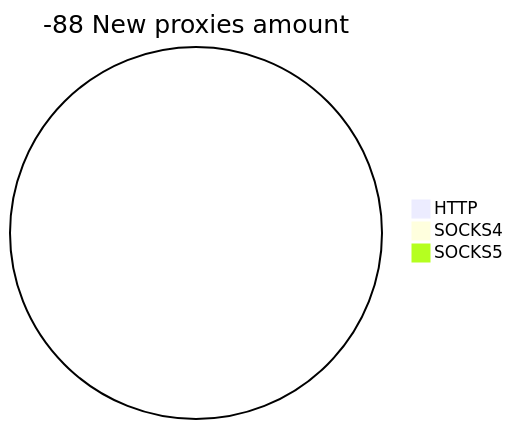
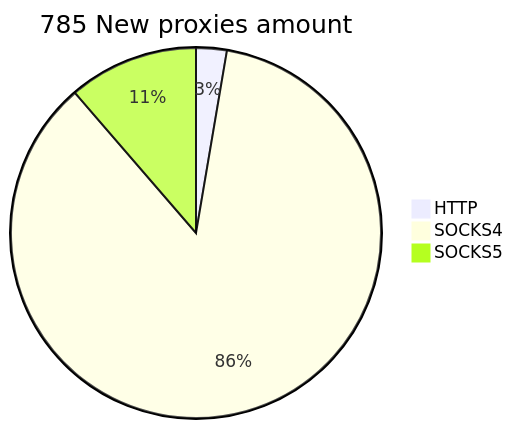
Before and after one commit to cutipu/proxylist: the second of 2 diagrams in README.md, drawn with Mermaid. The commit also changed other lines of this file, not shown here.

````diff
--- a/README.md
+++ b/README.md
@@ -10,6 +10,6 @@
 ```mermaid
-pie title -88 New proxies amount
-    "HTTP" : 0
-    "SOCKS4" : 0
-    "SOCKS5" : 0
+pie title 785 New proxies amount
+    "HTTP" : 21
+    "SOCKS4" : 675
+    "SOCKS5" : 89
 ```
````
